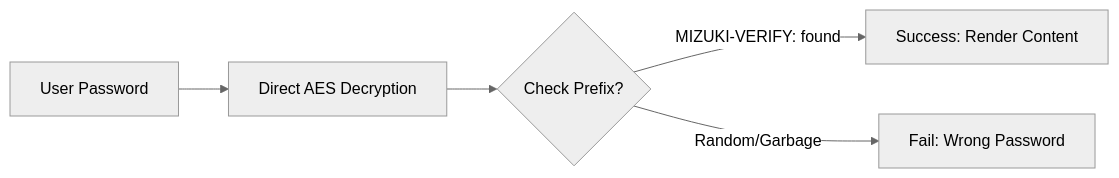
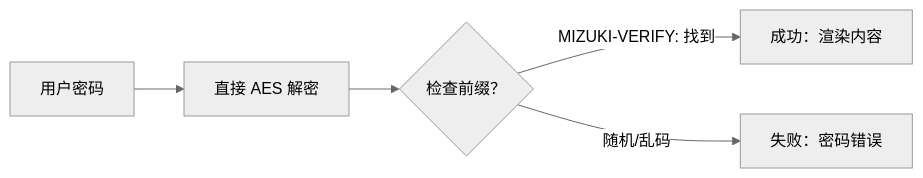
Before and after one commit to FishingMZ/blog: the diagram in src/content/posts/encrypted-post.md, drawn with Mermaid (neutral theme). The commit also changed other lines of this file, not shown here.

````diff
--- a/src/content/posts/encrypted-post.md
+++ b/src/content/posts/encrypted-post.md
@@ -92,7 +92,7 @@
 ```mermaid
 graph LR
-    A[User Password] --> B[Direct AES Decryption]
-    B --> C{Check Prefix?}
-    C -- "MIZUKI-VERIFY:" found --> D[Success: Render Content]
-    C -- Random/Garbage --> E[Fail: Wrong Password]
+    A[用户密码] --> B[直接 AES 解密]
+    B --> C{检查前缀？}
+    C -- "MIZUKI-VERIFY:" 找到 --> D[成功：渲染内容]
+    C -- 随机/乱码 --> E[失败：密码错误]
 ```
````
